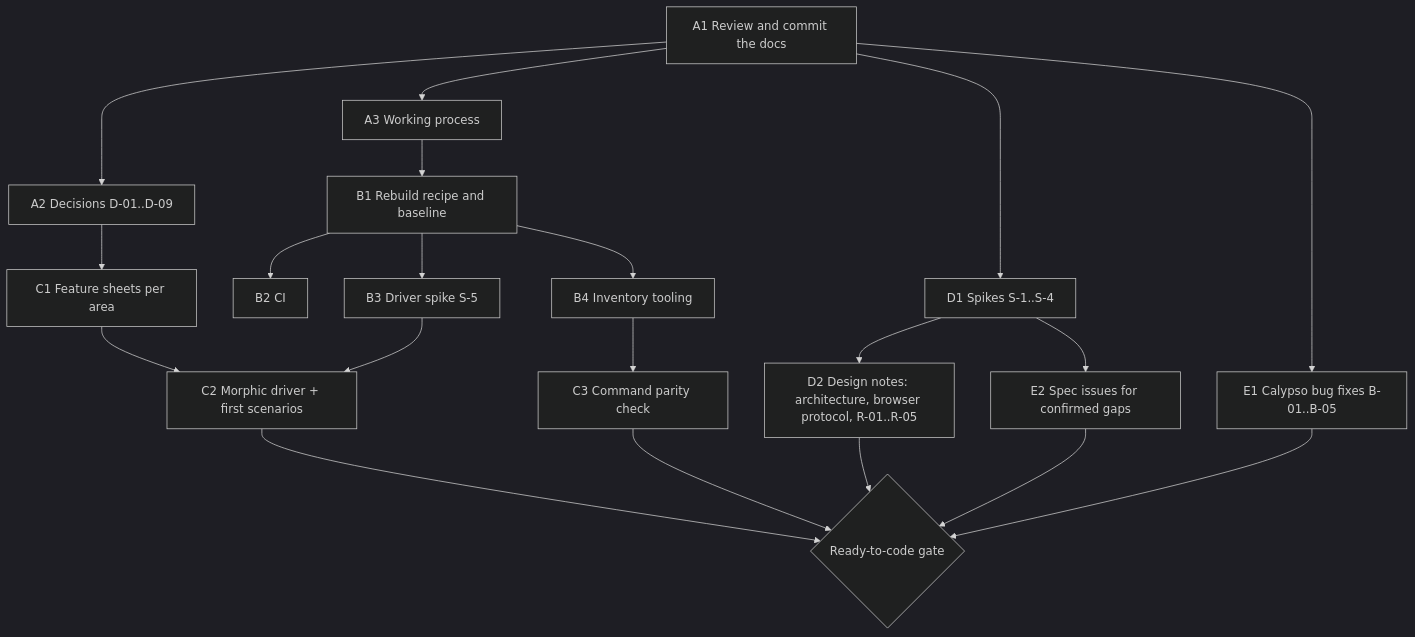
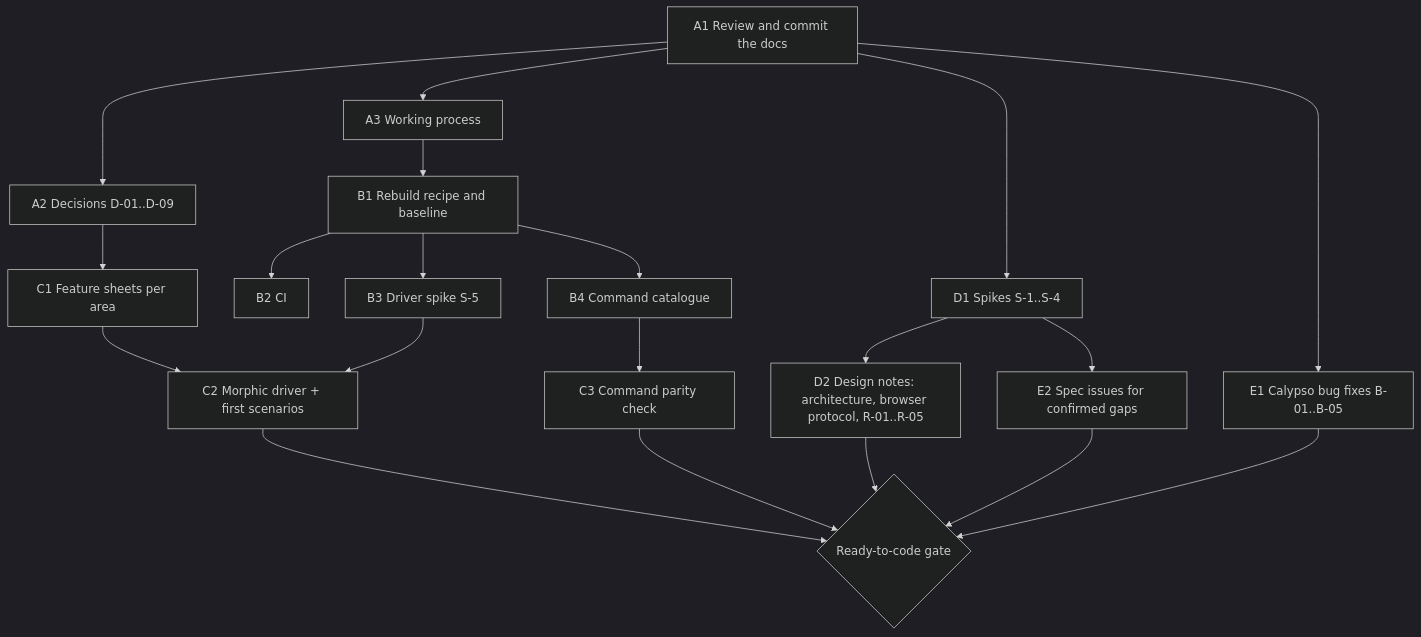
One commit to jordanmontt/calypso-on-steroids changed the diagram in docs/before-coding.md. Above: the diagram before and after it, drawn with Mermaid (dark theme). The commit also changed other lines of this file and 1 other file, not shown here.

````diff
--- a/docs/before-coding.md
+++ b/docs/before-coding.md
@@ -9,22 +9,22 @@
 ```mermaid
 flowchart TD
   A1[A1 Review and commit the docs] --> A2[A2 Decisions D-01..D-09]
   A1 --> A3[A3 Working process]
   A3 --> B1[B1 Rebuild recipe and baseline]
   B1 --> B2[B2 CI]
   B1 --> B3[B3 Driver spike S-5]
-  B1 --> B4[B4 Inventory tooling]
+  B1 --> B4[B4 Command catalogue]
   A2 --> C1[C1 Feature sheets per area]
   B3 --> C2[C2 Morphic driver + first scenarios]
   C1 --> C2
   B4 --> C3[C3 Command parity check]
   A1 --> D1[D1 Spikes S-1..S-4]
   D1 --> D2[D2 Design notes: architecture, browser protocol, R-01..R-05]
   D1 --> E2[E2 Spec issues for confirmed gaps]
   A1 --> E1[E1 Calypso bug fixes B-01..B-05]
   C2 --> G{Ready-to-code gate}
   C3 --> G
   D2 --> G
   E2 --> G
   E1 --> G
 ```
````
